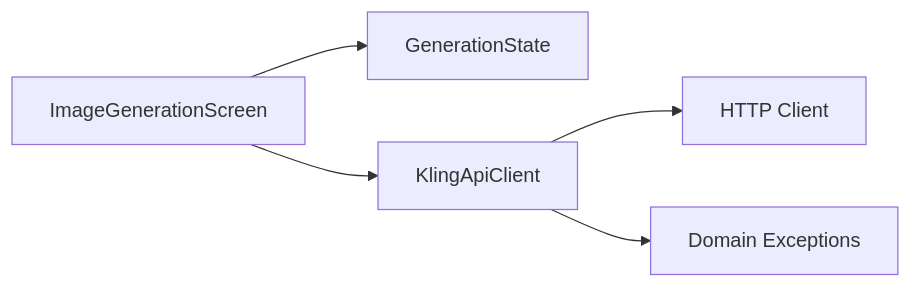
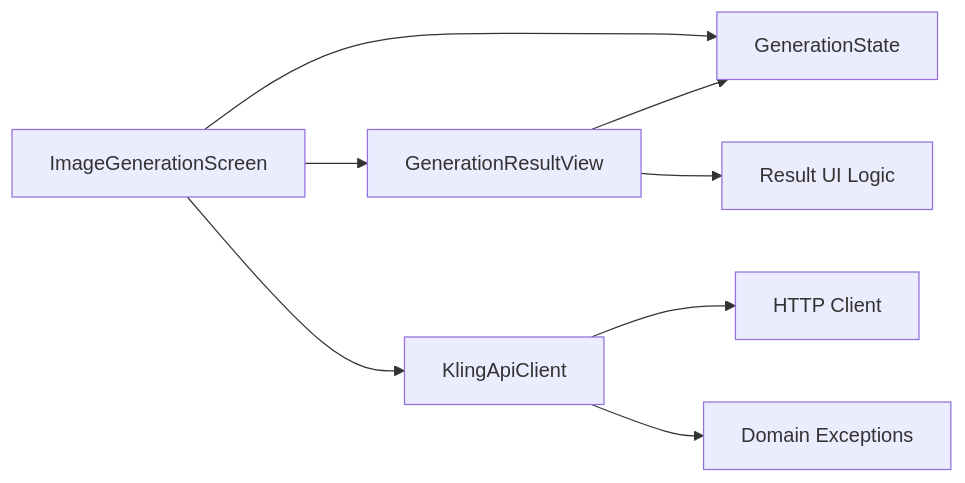
One commit to cripnail/kling_app changed the fifth of 5 diagrams in .qoder/repowiki/en/content/Core Features/State Management.md. Above: the diagram before and after it, drawn with Mermaid. The commit also changed other lines of this file and 15 other files, not shown here.

````diff
--- a/.qoder/repowiki/en/content/Core Features/State Management.md
+++ b/.qoder/repowiki/en/content/Core Features/State Management.md
@@ -208,7 +242,10 @@
 ```mermaid
 graph LR
 Screen["ImageGenerationScreen"] --> Enum["GenerationState"]
+Screen --> ResultView["GenerationResultView"]
+ResultView --> Enum
 Screen --> Client["KlingApiClient"]
 Client --> Net["HTTP Client"]
 Client --> Ex["Domain Exceptions"]
+ResultView --> UI["Result UI Logic"]
 ```
````
